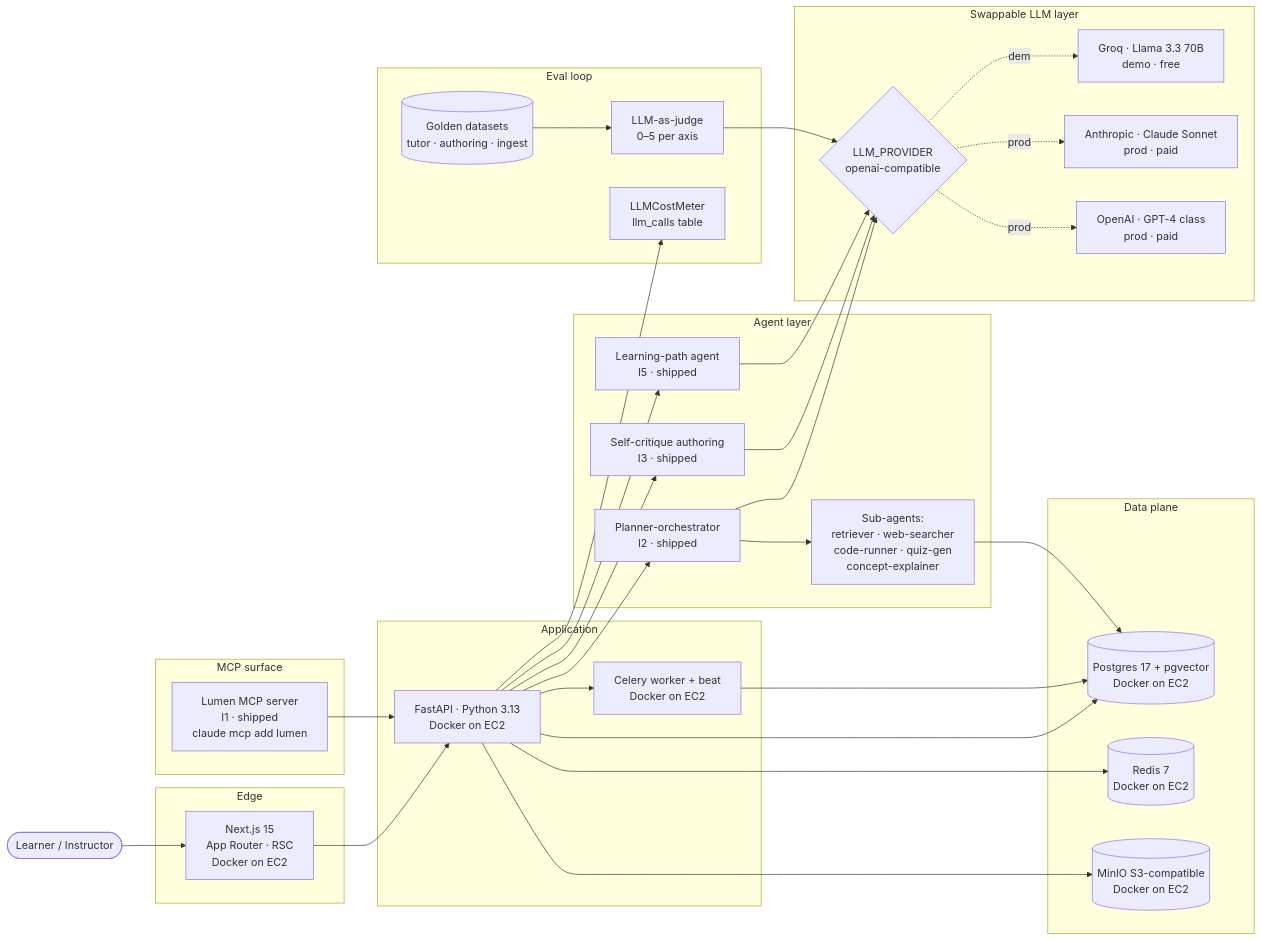
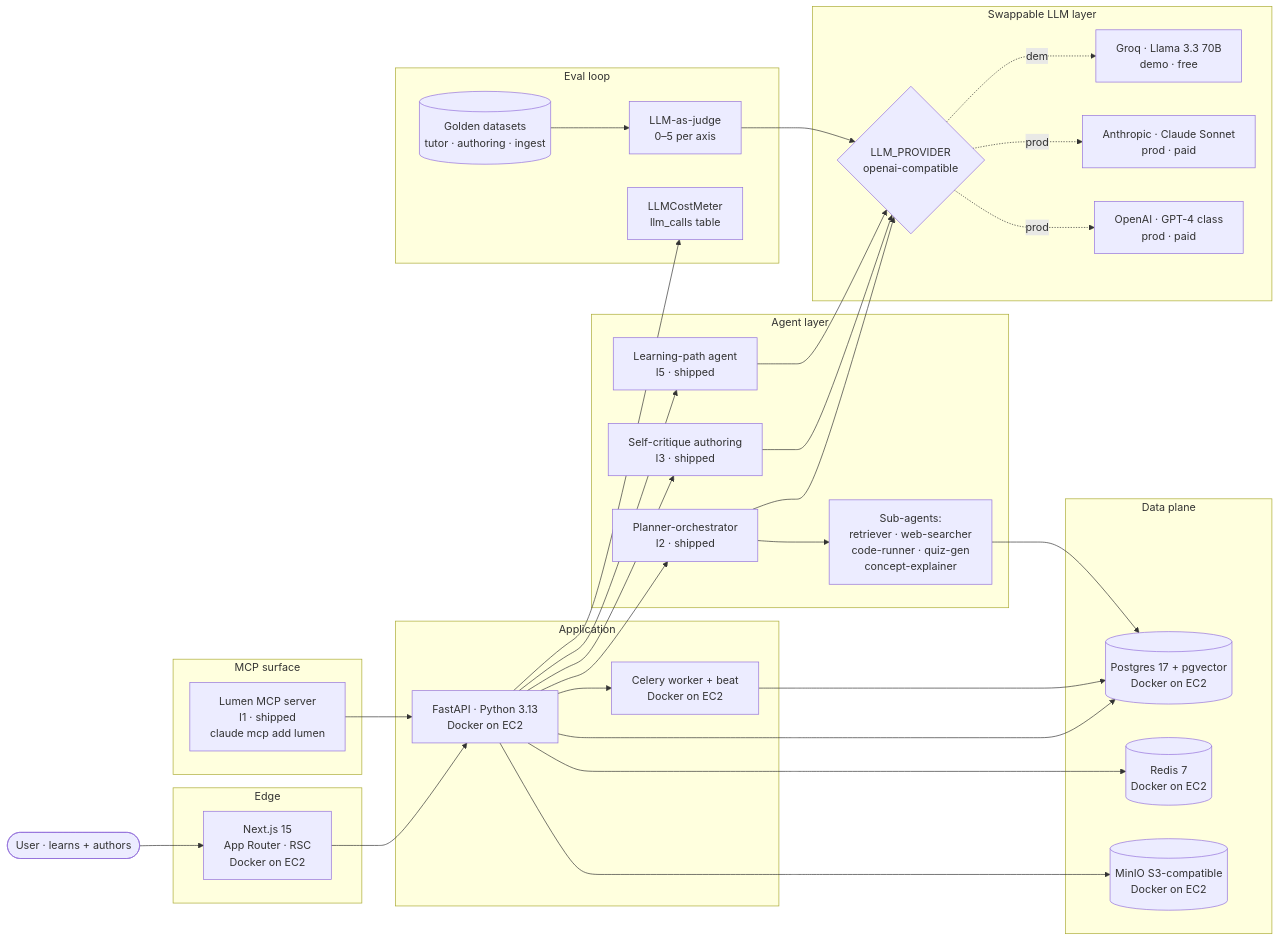
The diagram in README.md (ahmedEid1/lumen), drawn with Mermaid before and after one commit. The commit also changed other lines of this file and 2 other files, not shown here.

````diff
--- a/README.md
+++ b/README.md
@@ -54,66 +54,66 @@
 ```mermaid
 flowchart LR
-    user([Learner / Instructor])
+    user([User · learns + authors])
 
     subgraph Edge[Edge]
       web[Next.js 15<br/>App Router · RSC<br/>Docker on EC2]
     end
 
     subgraph App[Application]
       api[FastAPI · Python 3.13<br/>Docker on EC2]
       worker[Celery worker + beat<br/>Docker on EC2]
     end
 
     subgraph Agents[Agent layer]
       planner[Planner-orchestrator<br/>I2 · shipped]
       subs[Sub-agents:<br/>retriever · web-searcher<br/>code-runner · quiz-gen<br/>concept-explainer]
       authoring[Self-critique authoring<br/>I3 · shipped]
       pathagent[Learning-path agent<br/>I5 · shipped]
     end
 
     subgraph MCP[MCP surface]
       mcp[Lumen MCP server<br/>I1 · shipped<br/>claude mcp add lumen]
     end
 
     subgraph Data[Data plane]
       pg[(Postgres 17 + pgvector<br/>Docker on EC2)]
       redis[(Redis 7<br/>Docker on EC2)]
       s3[(MinIO S3-compatible<br/>Docker on EC2)]
     end
 
     subgraph LLM[Swappable LLM layer]
       provider{LLM_PROVIDER<br/>openai-compatible}
       groq[Groq · Llama 3.3 70B<br/>demo · free]
       anthropic[Anthropic · Claude Sonnet<br/>prod · paid]
       openai[OpenAI · GPT-4 class<br/>prod · paid]
     end
 
     subgraph Eval[Eval loop]
       golden[(Golden datasets<br/>tutor · authoring · ingest)]
       judge[LLM-as-judge<br/>0–5 per axis]
       meter[LLMCostMeter<br/>llm_calls table]
     end
 
     user --> web
     web --> api
     api --> pg
     api --> redis
     api --> s3
     api --> worker
     worker --> pg
     api --> planner
     planner --> subs
     subs --> pg
     api --> authoring
     api --> pathagent
     mcp --> api
     planner --> provider
     authoring --> provider
     pathagent --> provider
     provider -.demo.-> groq
     provider -.prod.-> anthropic
     provider -.prod.-> openai
     api --> meter
     golden --> judge
     judge --> provider
 ```
````
